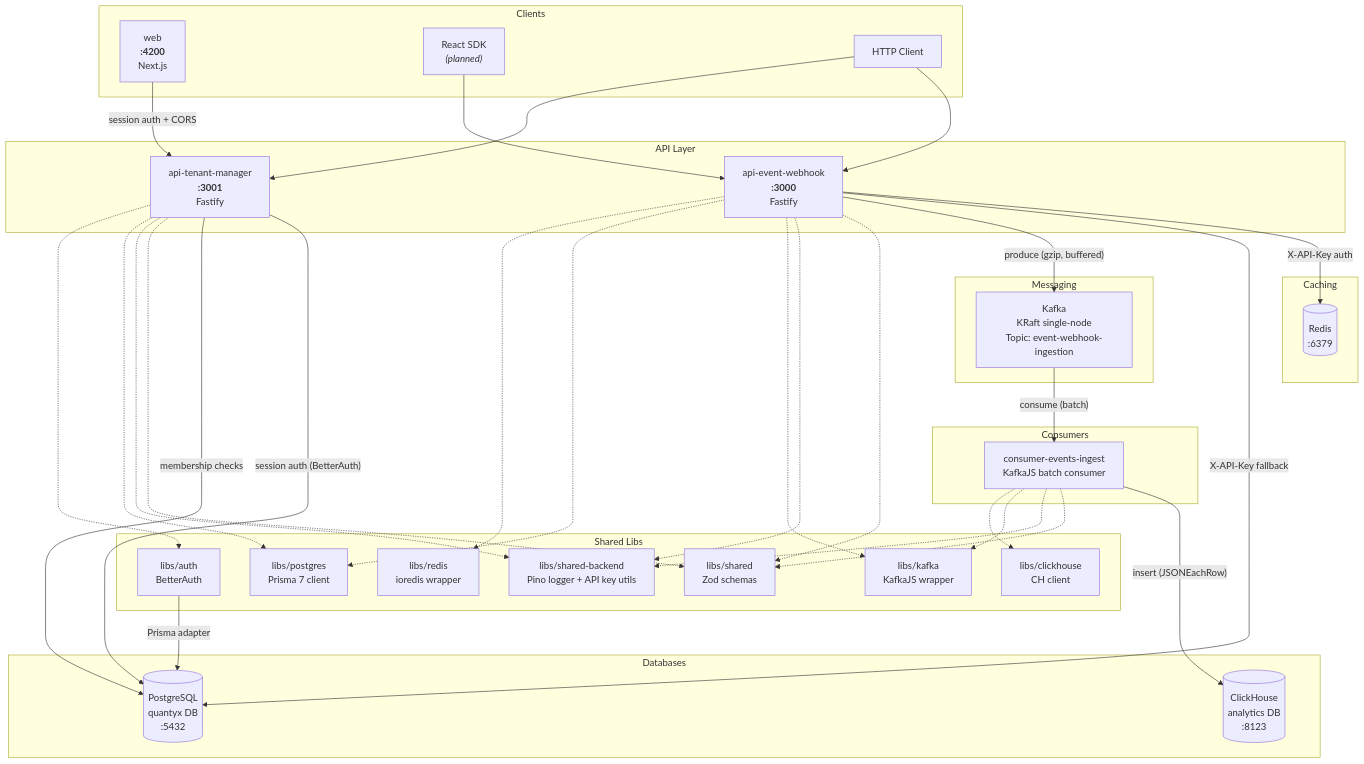
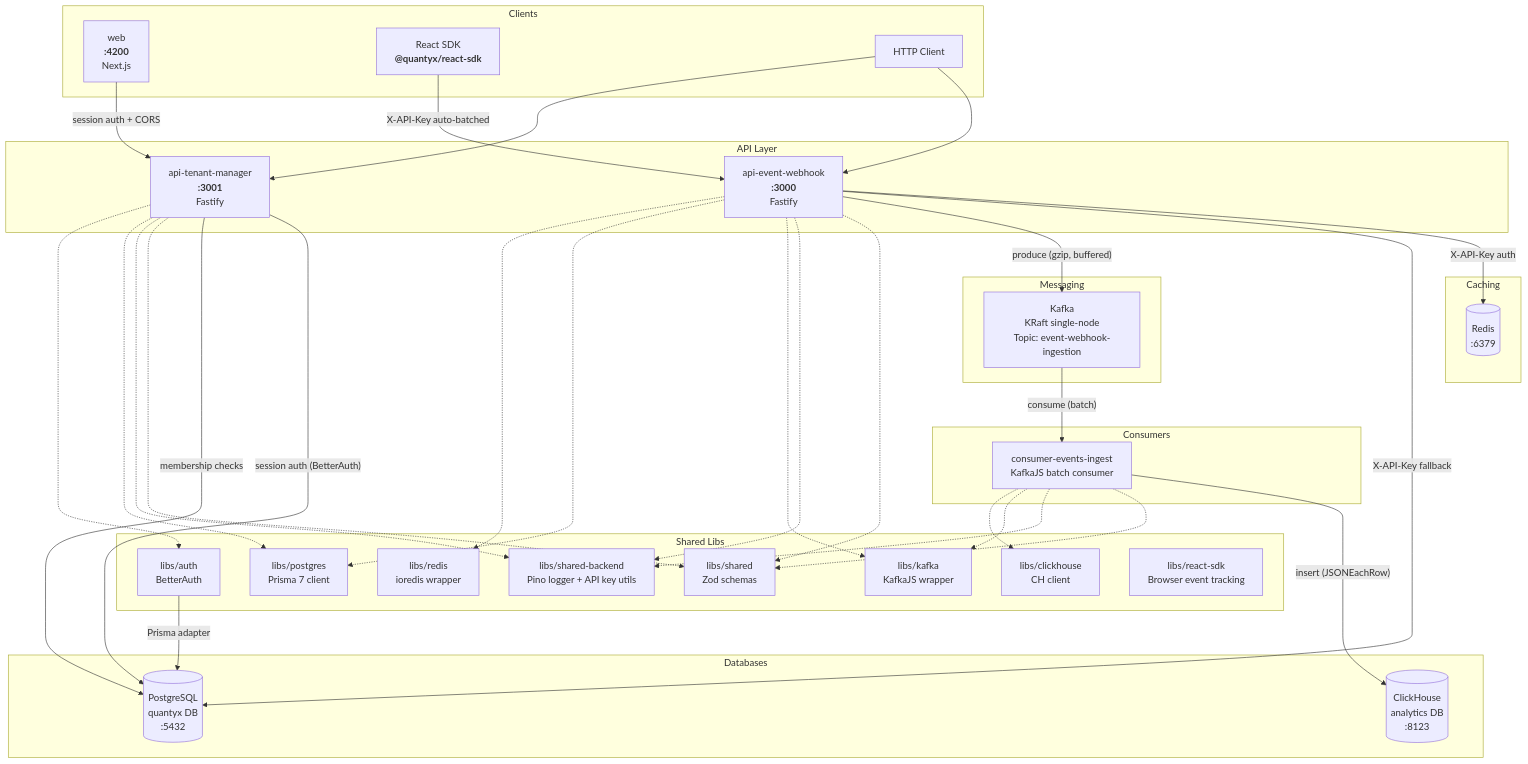
Before and after one commit to MateusRoscoe/quantyx: the first of 5 diagrams in OVERVIEW.md, drawn with Mermaid. The commit also changed other lines of this file and 13 other files, not shown here.

First line of the commit message:
feat: instrument web app with React SDK and make SDK publishable

````diff
--- a/OVERVIEW.md
+++ b/OVERVIEW.md
@@ -13,68 +13,69 @@
 ```mermaid
 graph TB
     subgraph Clients
         WEB["web<br/><b>:4200</b><br/>Next.js"]
-        SDK["React SDK<br/><i>(planned)</i>"]
+        SDK["React SDK<br/><b>@quantyx/react-sdk</b>"]
         HTTP["HTTP Client"]
     end
 
     subgraph API Layer
         EW["api-event-webhook<br/><b>:3000</b><br/>Fastify"]
         TM["api-tenant-manager<br/><b>:3001</b><br/>Fastify"]
     end
 
     subgraph Messaging
         K["Kafka<br/>KRaft single-node<br/>Topic: event-webhook-ingestion"]
     end
 
     subgraph Consumers
         CE["consumer-events-ingest<br/>KafkaJS batch consumer"]
     end
 
     subgraph Databases
         CH[("ClickHouse<br/>analytics DB<br/>:8123")]
         PG[("PostgreSQL<br/>quantyx DB<br/>:5432")]
     end
 
     subgraph Caching
         RD[("Redis<br/>:6379")]
     end
 
     subgraph Shared Libs
         LS["libs/shared<br/>Zod schemas"]
         LSB["libs/shared-backend<br/>Pino logger + API key utils"]
         LK["libs/kafka<br/>KafkaJS wrapper"]
         LC["libs/clickhouse<br/>CH client"]
         LP["libs/postgres<br/>Prisma 7 client"]
         LR["libs/redis<br/>ioredis wrapper"]
         LA["libs/auth<br/>BetterAuth"]
+        LSDK["libs/react-sdk<br/>Browser event tracking"]
     end
 
     WEB -- "session auth + CORS" --> TM
-    SDK --> EW
+    SDK -- "X-API-Key auto-batched" --> EW
     HTTP --> EW
     HTTP --> TM
 
     EW -- "X-API-Key auth" --> RD
     EW -- "X-API-Key fallback" --> PG
     EW -- "produce (gzip, buffered)" --> K
     K -- "consume (batch)" --> CE
     CE -- "insert (JSONEachRow)" --> CH
     TM -- "session auth (BetterAuth)" --> PG
     TM -- "membership checks" --> PG
     LA -- "Prisma adapter" --> PG
 
     EW -.-> LS
     EW -.-> LSB
     EW -.-> LK
     EW -.-> LP
     EW -.-> LR
     CE -.-> LS
     CE -.-> LSB
     CE -.-> LK
     CE -.-> LC
     TM -.-> LS
     TM -.-> LSB
     TM -.-> LP
     TM -.-> LA
 ```
````
